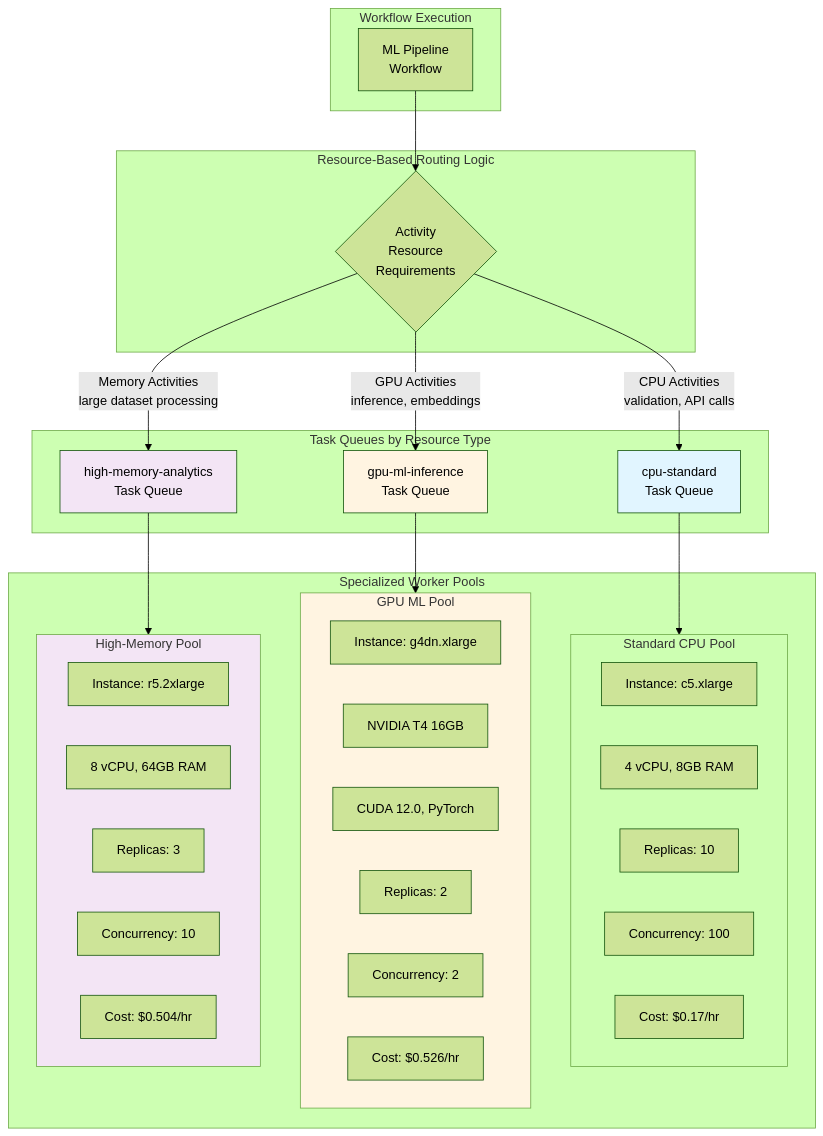
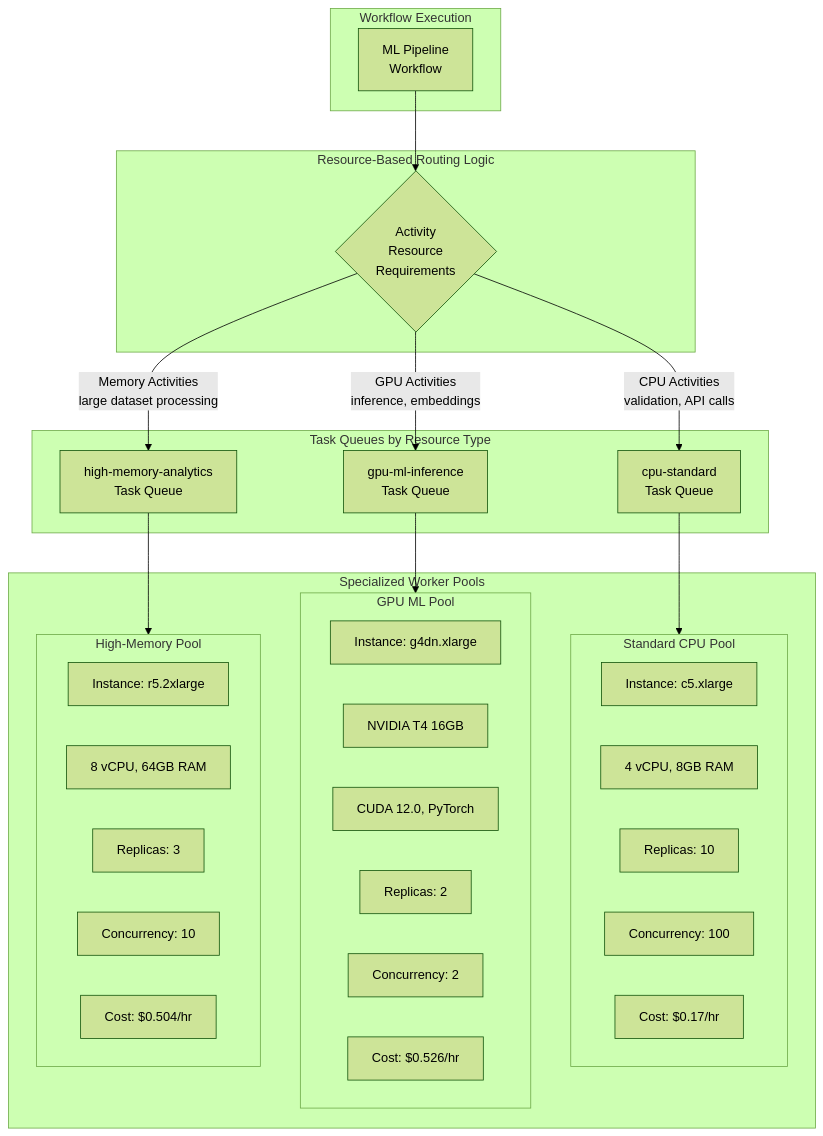
The diagram in docs/guides/route-specialized-workloads.mdx (temporalio/documentation), drawn with Mermaid (forest theme) before and after one commit. The commit also changed 17 other files, not shown here.

First line of the commit message:
Mermaid updates to remove outline text and add guidance to agents.md (#4913)

````diff
--- a/docs/guides/route-specialized-workloads.mdx
+++ b/docs/guides/route-specialized-workloads.mdx
@@ -112,57 +112,61 @@
 ```mermaid
 flowchart TB
     subgraph Workflow["Workflow Execution"]
         WF[ML Pipeline<br/>Workflow]
     end
 
     subgraph Routing["Resource-Based Routing Logic"]
         Decision{Activity<br/>Resource<br/>Requirements}
     end
 
     subgraph Queues["Task Queues by Resource Type"]
         CPUTQ[cpu-standard<br/>Task Queue]
         GPUTQ[gpu-ml-inference<br/>Task Queue]
         MEMTQ[high-memory-analytics<br/>Task Queue]
     end
 
     subgraph Workers["Specialized Worker Pools"]
         subgraph CPUPool["Standard CPU Pool"]
             CPU1[Instance: c5.xlarge]
             CPU2[4 vCPU, 8GB RAM]
             CPU3[Replicas: 10]
             CPU4[Concurrency: 100]
             CPU5[Cost: $0.17/hr]
         end
         subgraph GPUPool["GPU ML Pool"]
             GPU1[Instance: g4dn.xlarge]
             GPU2[NVIDIA T4 16GB]
             GPU3[CUDA 12.0, PyTorch]
             GPU4[Replicas: 2]
             GPU5[Concurrency: 2]
             GPU6[Cost: $0.526/hr]
         end
         subgraph MEMPool["High-Memory Pool"]
             MEM1[Instance: r5.2xlarge]
             MEM2[8 vCPU, 64GB RAM]
             MEM3[Replicas: 3]
             MEM4[Concurrency: 10]
             MEM5[Cost: $0.504/hr]
         end
     end
 
     WF --> Decision
 
     Decision -->|CPU Activities<br/>validation, API calls| CPUTQ
     Decision -->|GPU Activities<br/>inference, embeddings| GPUTQ
     Decision -->|Memory Activities<br/>large dataset processing| MEMTQ
 
     CPUTQ --> CPUPool
     GPUTQ --> GPUPool
     MEMTQ --> MEMPool
 
-    style CPUTQ fill:#e1f5ff
-    style GPUTQ fill:#fff4e1
-    style MEMTQ fill:#f3e5f5
-    style GPUPool fill:#fff4e1
-    style MEMPool fill:#f3e5f5
+    classDef blue stroke-width:1px
+    classDef amber stroke-width:1px
+    classDef purple stroke-width:1px
+    class CPUTQ blue
+    class GPUTQ amber
+    class MEMTQ purple
+    class CPUPool blue
+    class GPUPool amber
+    class MEMPool purple
 ```
````
